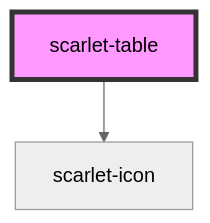
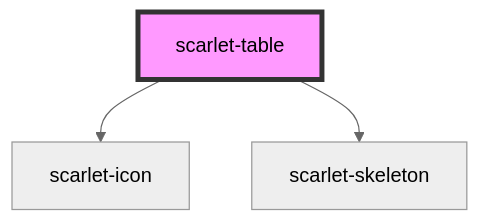
The diagram in src/components/data-display/scarlet-table/readme.md (alexLaw10/scarlet-designer-system), drawn with Mermaid (neutral theme) before and after one commit. The commit also changed other lines of this file and 9 other files, not shown here.

First line of the commit message:
feat(table): sort multi-coluna, drag-and-drop de colunas/linhas, header fixo e skeleton no loading

````diff
--- a/src/components/data-display/scarlet-table/readme.md
+++ b/src/components/data-display/scarlet-table/readme.md
@@ -63,5 +85,6 @@
 ```mermaid
 graph TD;
   scarlet-table --> scarlet-icon
+  scarlet-table --> scarlet-skeleton
   style scarlet-table fill:#f9f,stroke:#333,stroke-width:4px
 ```
````
